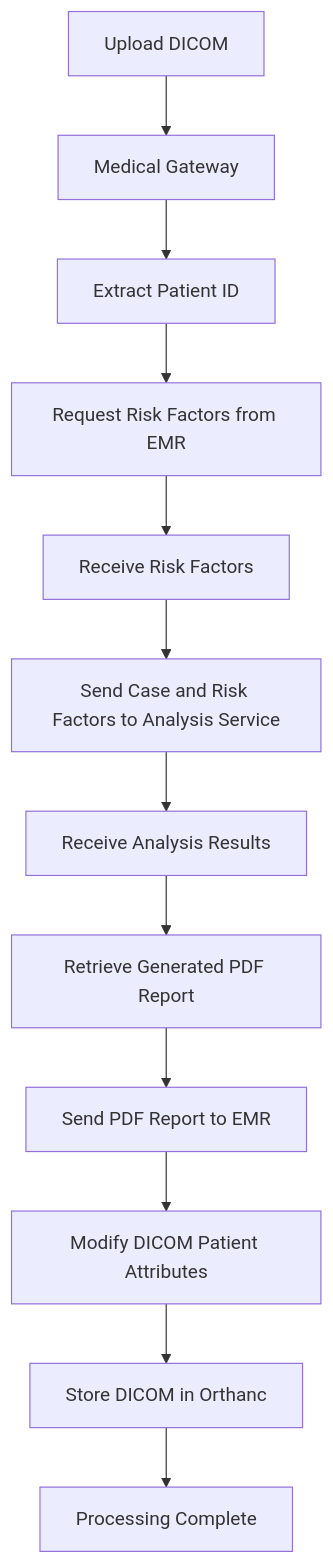
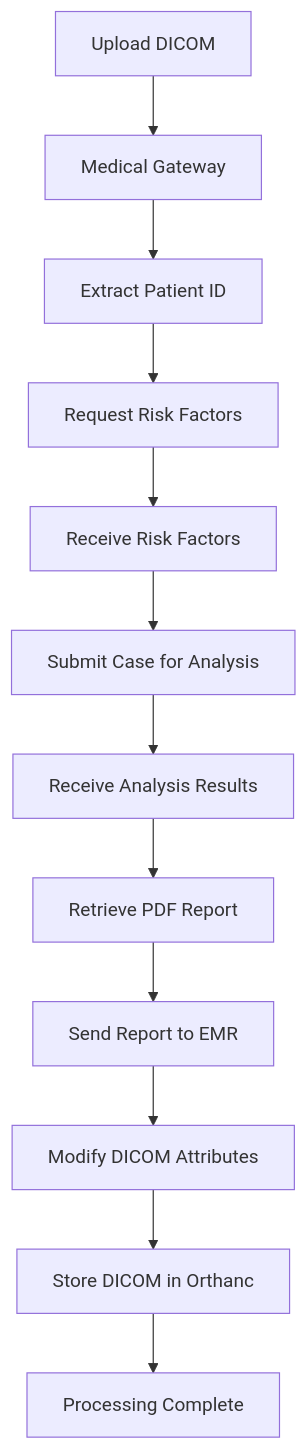
The diagram in README.md (namitagarwal1209/medical-integration-gateway), drawn with Mermaid before and after one commit.

Commit message:
Flowchart Updated

````diff
--- a/README.md
+++ b/README.md
@@ -16,16 +16,22 @@
 ```mermaid
+%%{init: {"flowchart": {"htmlLabels": false}}}%%
 
 flowchart TD
-    A["Upload DICOM"] --> B["Medical Gateway"]
-    B --> C["Extract Patient ID"]
-    C --> D["Request Risk Factors from EMR"]
-    D --> E["Receive Risk Factors"]
-    E --> F["Send Case and Risk Factors to Analysis Service"]
-    F --> G["Receive Analysis Results"]
-    G --> H["Retrieve Generated PDF Report"]
-    H --> I["Send PDF Report to EMR"]
-    I --> J["Modify DICOM Patient Attributes"]
-    J --> K["Store DICOM in Orthanc"]
-    K --> L["Processing Complete"]
+    A["Upload DICOM"]
+    B["Medical Gateway"]
+    C["Extract Patient ID"]
+    D["Request Risk Factors"]
+    E["Receive Risk Factors"]
+    F["Submit Case for Analysis"]
+    G["Receive Analysis Results"]
+    H["Retrieve PDF Report"]
+    I["Send Report to EMR"]
+    J["Modify DICOM Attributes"]
+    K["Store DICOM in Orthanc"]
+    L["Processing Complete"]
+
+    A --> B --> C --> D --> E --> F
+    F --> G --> H --> I --> J --> K --> L
+
 
 ```
````
